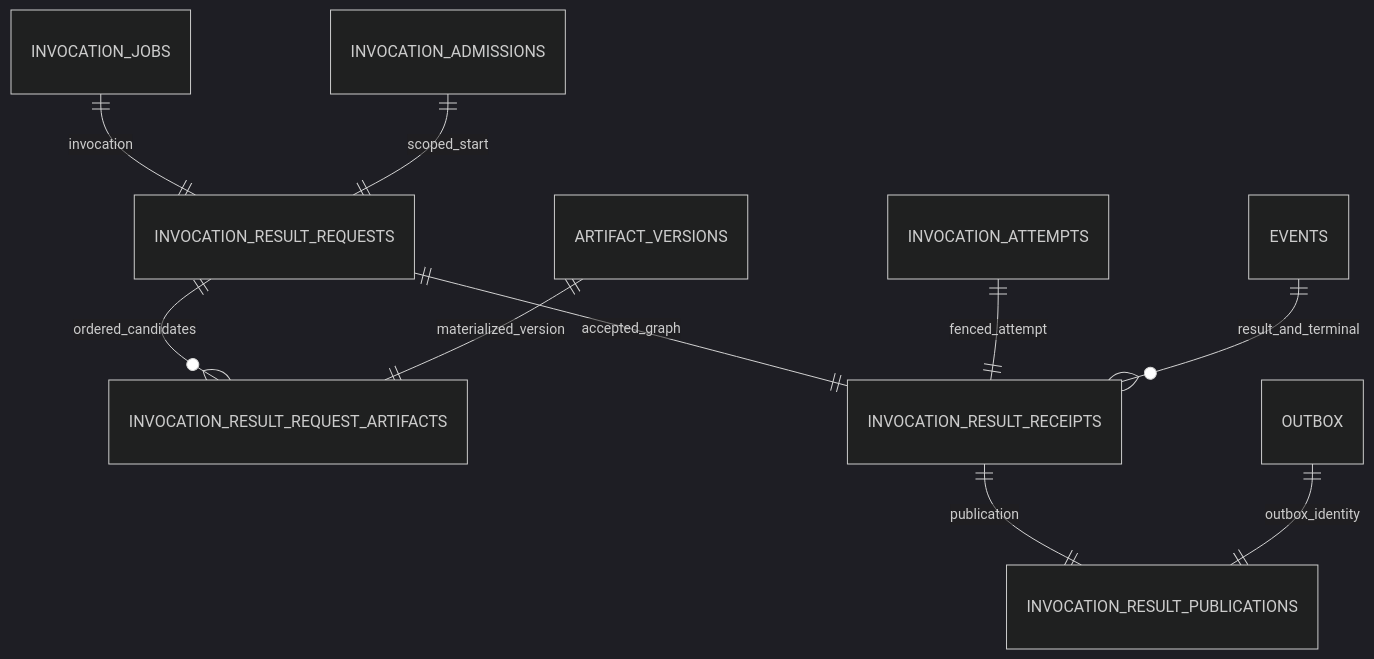
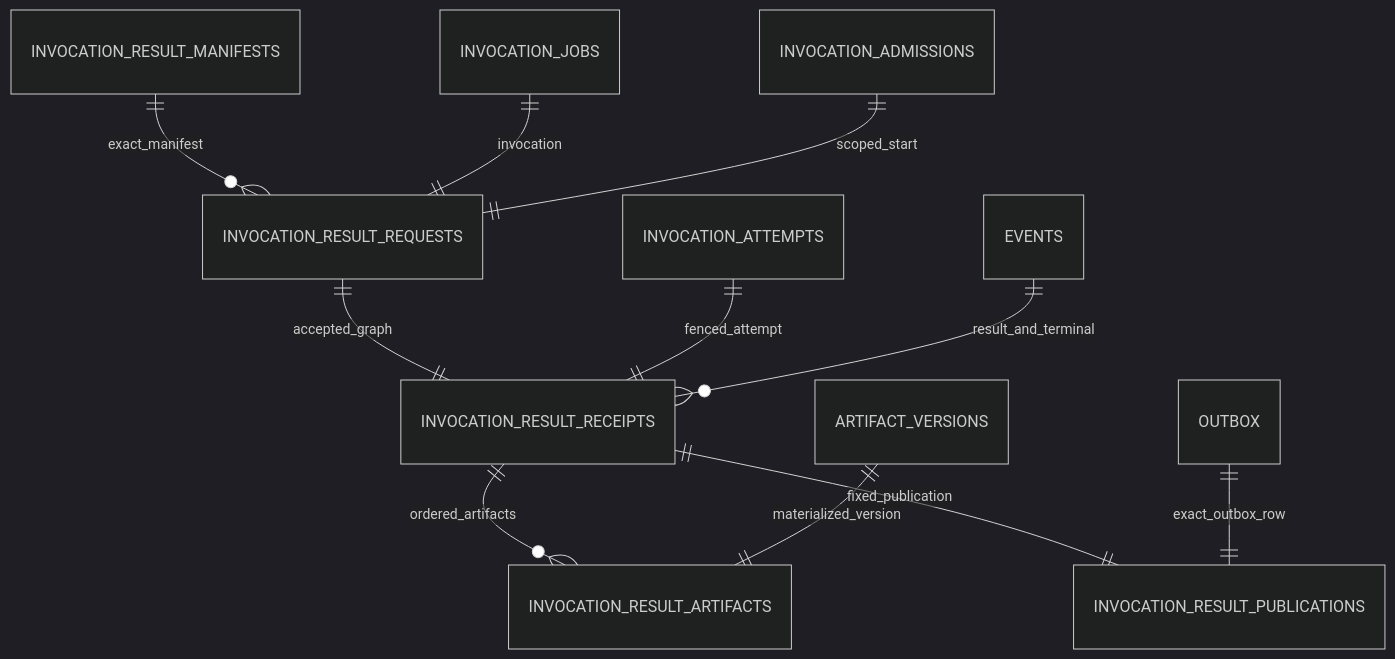
One commit to huapohen/quantum-entanglement changed the diagram in docs/architecture/INACTIVE_RESULT_AUTHORITY_SCHEMA_V1.md. Above: the diagram before and after it, drawn with Mermaid (dark theme). The commit also changed other lines of this file, not shown here.

Commit message:
docs: align inactive result schema with frozen ADR

````diff
--- a/docs/architecture/INACTIVE_RESULT_AUTHORITY_SCHEMA_V1.md
+++ b/docs/architecture/INACTIVE_RESULT_AUTHORITY_SCHEMA_V1.md
@@ -43,12 +51,13 @@
 ```mermaid
 erDiagram
+    INVOCATION_RESULT_MANIFESTS ||--o{ INVOCATION_RESULT_REQUESTS : exact_manifest
     INVOCATION_JOBS ||--|| INVOCATION_RESULT_REQUESTS : invocation
     INVOCATION_ADMISSIONS ||--|| INVOCATION_RESULT_REQUESTS : scoped_start
-    INVOCATION_RESULT_REQUESTS ||--o{ INVOCATION_RESULT_REQUEST_ARTIFACTS : ordered_candidates
-    ARTIFACT_VERSIONS ||--|| INVOCATION_RESULT_REQUEST_ARTIFACTS : materialized_version
     INVOCATION_RESULT_REQUESTS ||--|| INVOCATION_RESULT_RECEIPTS : accepted_graph
     INVOCATION_ATTEMPTS ||--|| INVOCATION_RESULT_RECEIPTS : fenced_attempt
     EVENTS ||--o{ INVOCATION_RESULT_RECEIPTS : result_and_terminal
-    INVOCATION_RESULT_RECEIPTS ||--|| INVOCATION_RESULT_PUBLICATIONS : publication
-    OUTBOX ||--|| INVOCATION_RESULT_PUBLICATIONS : outbox_identity
+    INVOCATION_RESULT_RECEIPTS ||--o{ INVOCATION_RESULT_ARTIFACTS : ordered_artifacts
+    ARTIFACT_VERSIONS ||--|| INVOCATION_RESULT_ARTIFACTS : materialized_version
+    INVOCATION_RESULT_RECEIPTS ||--|| INVOCATION_RESULT_PUBLICATIONS : fixed_publication
+    OUTBOX ||--|| INVOCATION_RESULT_PUBLICATIONS : exact_outbox_row
 ```
````
